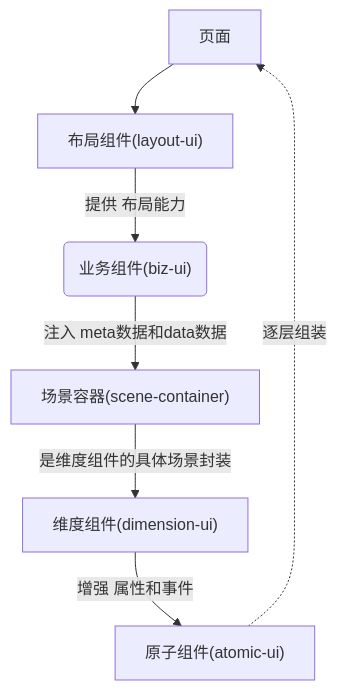
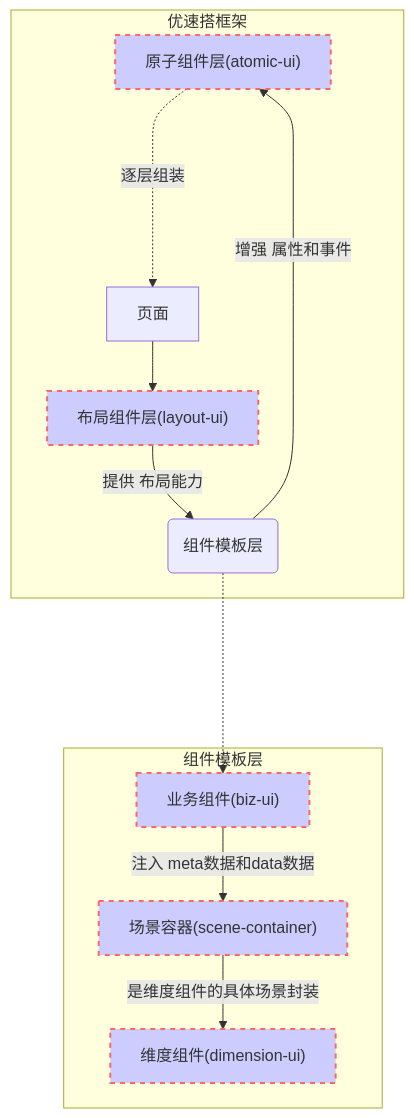
Before and after one commit to ailuhaosi/easy-gen-doc: the diagram in gd-accbuild-doc/zh/guide/intro.md, drawn with Mermaid. The commit also changed other lines of this file and 33 other files, not shown here.

````diff
--- a/gd-accbuild-doc/zh/guide/intro.md
+++ b/gd-accbuild-doc/zh/guide/intro.md
@@ -144,9 +144,19 @@
 ```mermaid
 graph TD
-X["页面"] --> A["布局组件(layout-ui)"]
-A -->|提供 布局能力| B("业务组件(biz-ui)")
-B -->|注入 meta数据和data数据| C["场景容器(scene-container)"]
-C -->|是维度组件的具体场景封装| D["维度组件(dimension-ui)"]
-D -->|增强 属性和事件| E["原子组件(atomic-ui)"]
-E -...->|逐层组装| X
+subgraph 优速搭框架
+    E -...->|逐层组装| X
+    X["页面"] --> A["布局组件层(layout-ui)"]
+    A -->|提供 布局能力| B("组件模板层")
+    B -->|增强 属性和事件| E["原子组件层(atomic-ui)"]
+end
+subgraph 组件模板层
+    m["业务组件(biz-ui)"] -->|注入 meta数据和data数据| C["场景容器(scene-container)"]
+    C -->|是维度组件的具体场景封装| D["维度组件(dimension-ui)"]
+end
+B -...-> m
+style A fill: #ccf, stroke: #f66, stroke-width: 2px, stroke-dasharray: 5,5;
+style m fill: #ccf, stroke: #f66, stroke-width: 2px, stroke-dasharray: 5,5;
+style C fill: #ccf, stroke: #f66, stroke-width: 2px, stroke-dasharray: 5,5;
+style D fill: #ccf, stroke: #f66, stroke-width: 2px, stroke-dasharray: 5,5;
+style E fill: #ccf, stroke: #f66, stroke-width: 2px, stroke-dasharray: 5,5;
 ```
````
